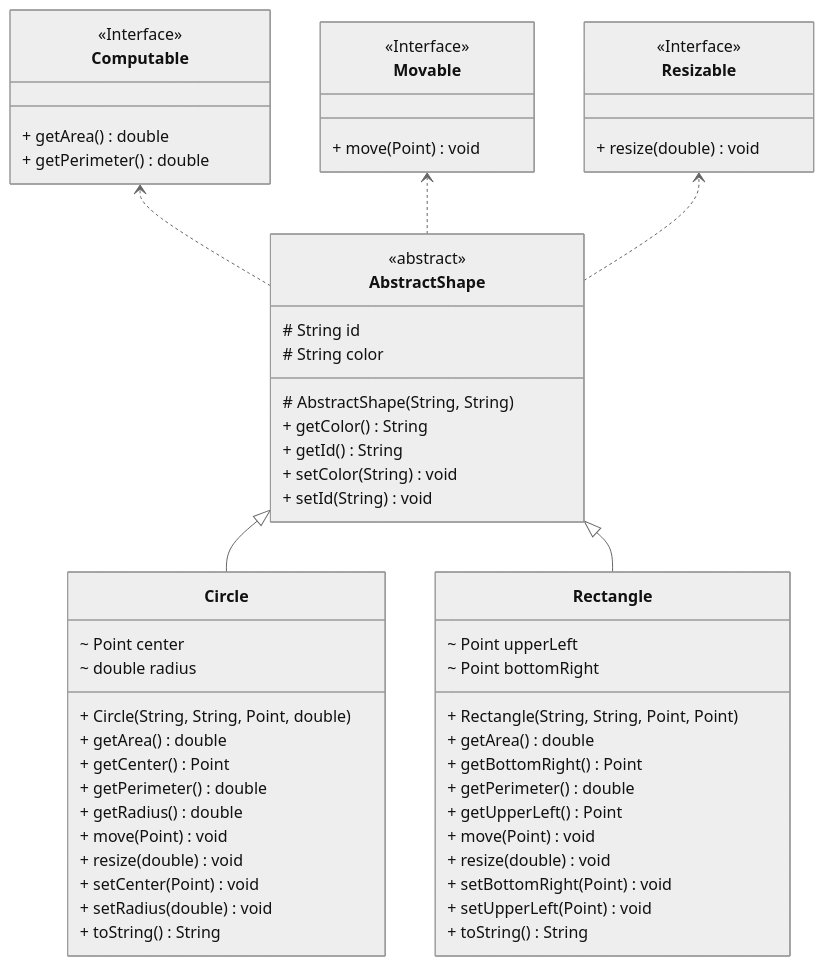
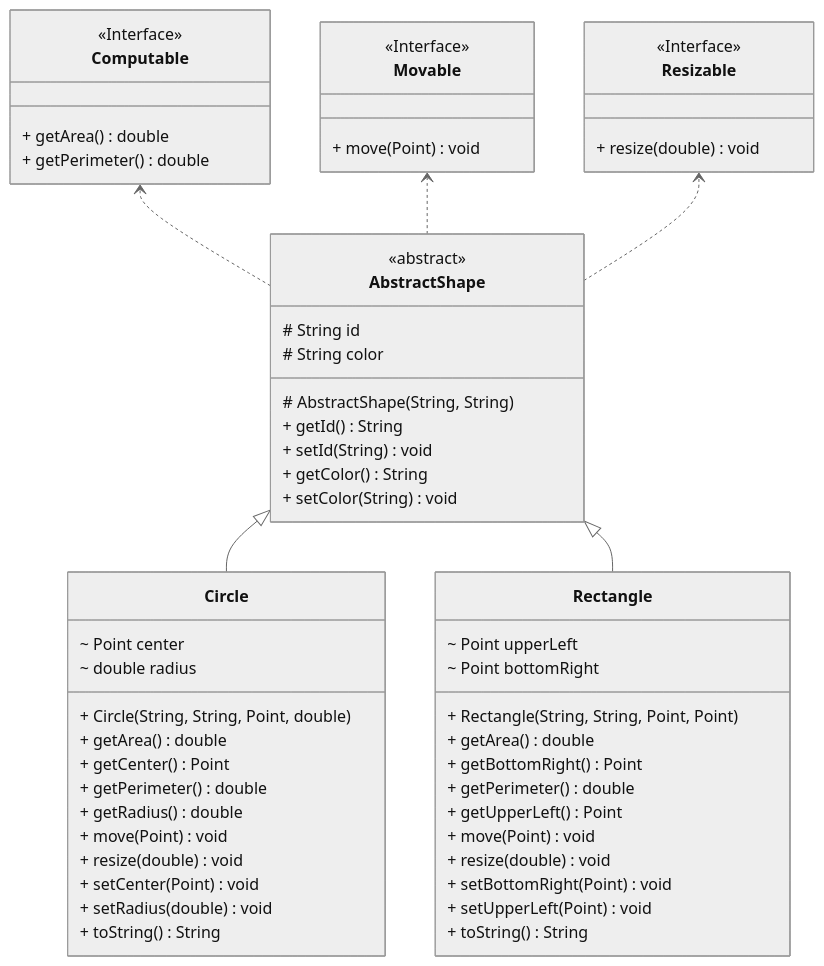
Before and after one commit to nbicocchi/learn-java-core: diagram 11 of 13 in code/exercises/src/main/java/com/nbicocchi/exercises/oop/README.md, drawn with Mermaid (neutral theme). The commit also changed other lines of this file and 1 other file, not shown here.

````diff
--- a/code/exercises/src/main/java/com/nbicocchi/exercises/oop/README.md
+++ b/code/exercises/src/main/java/com/nbicocchi/exercises/oop/README.md
@@ -439,61 +439,61 @@
 ```mermaid
 classDiagram
 direction BT
 class Computable {
     <<Interface>>
     + getArea() double
     + getPerimeter() double
 }
 class Movable {
     <<Interface>>
     + move(Point) void
 }
 class Resizable {
     <<Interface>>
     + resize(double) void
 }
 class AbstractShape {
   <<abstract>>
   # String id
   # String color
   # AbstractShape(String, String)
+  + getId() String
+  + setId(String) void
   + getColor() String
-  + getId() String
   + setColor(String) void
-  + setId(String) void
 }
 class Circle {
   ~ Point center
   ~ double radius
   + Circle(String, String, Point, double) 
   + getArea() double
   + getCenter() Point
   + getPerimeter() double
   + getRadius() double
   + move(Point) void
   + resize(double) void
   + setCenter(Point) void
   + setRadius(double) void
   + toString() String
 }
 class Rectangle {
   ~ Point upperLeft
   ~ Point bottomRight
   + Rectangle(String, String, Point, Point) 
   + getArea() double
   + getBottomRight() Point
   + getPerimeter() double
   + getUpperLeft() Point
   + move(Point) void
   + resize(double) void
   + setBottomRight(Point) void
   + setUpperLeft(Point) void
   + toString() String
 }
 
 AbstractShape  ..>  Computable 
 AbstractShape  ..>  Movable 
 AbstractShape  ..>  Resizable 
 Circle  --|>  AbstractShape 
 Rectangle  --|>  AbstractShape 
 ```
````
